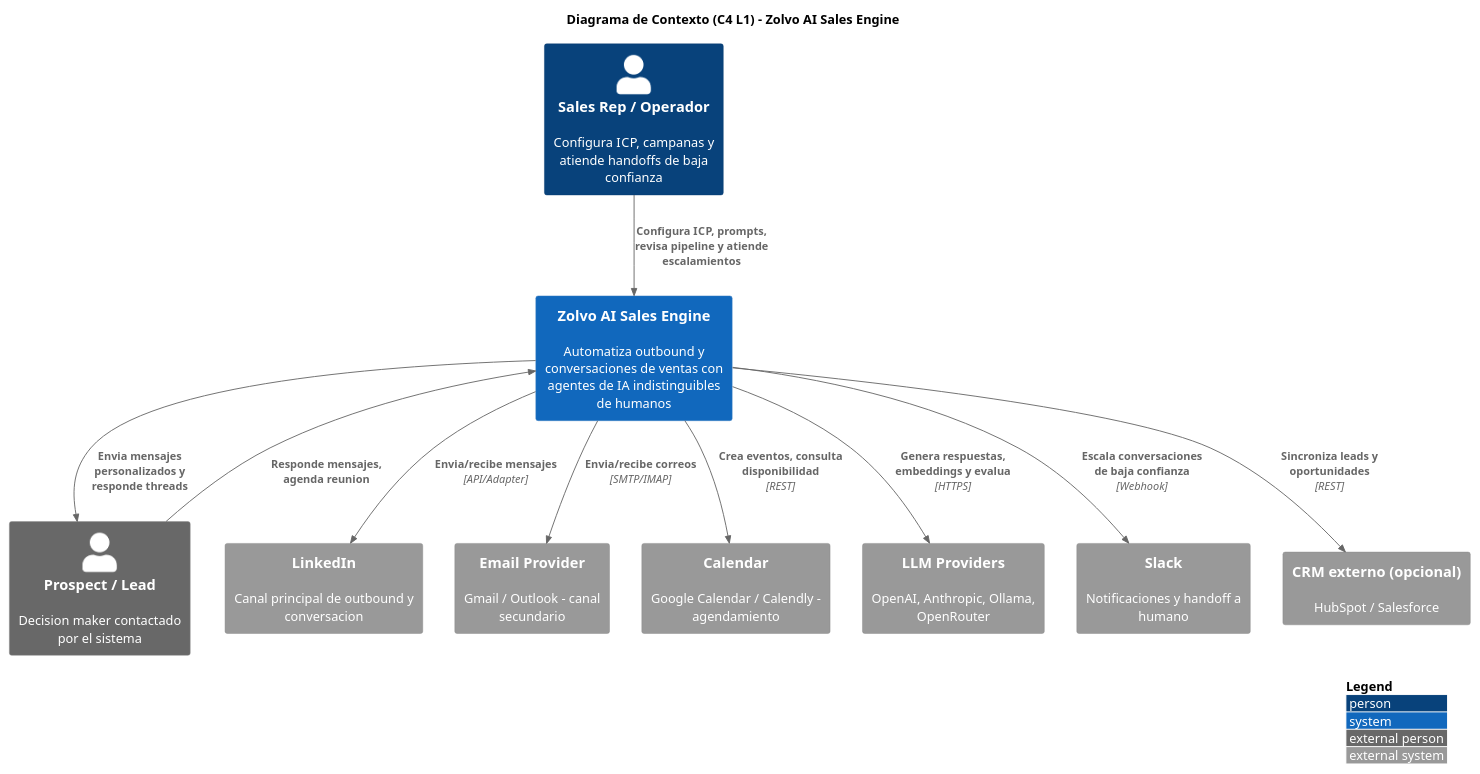
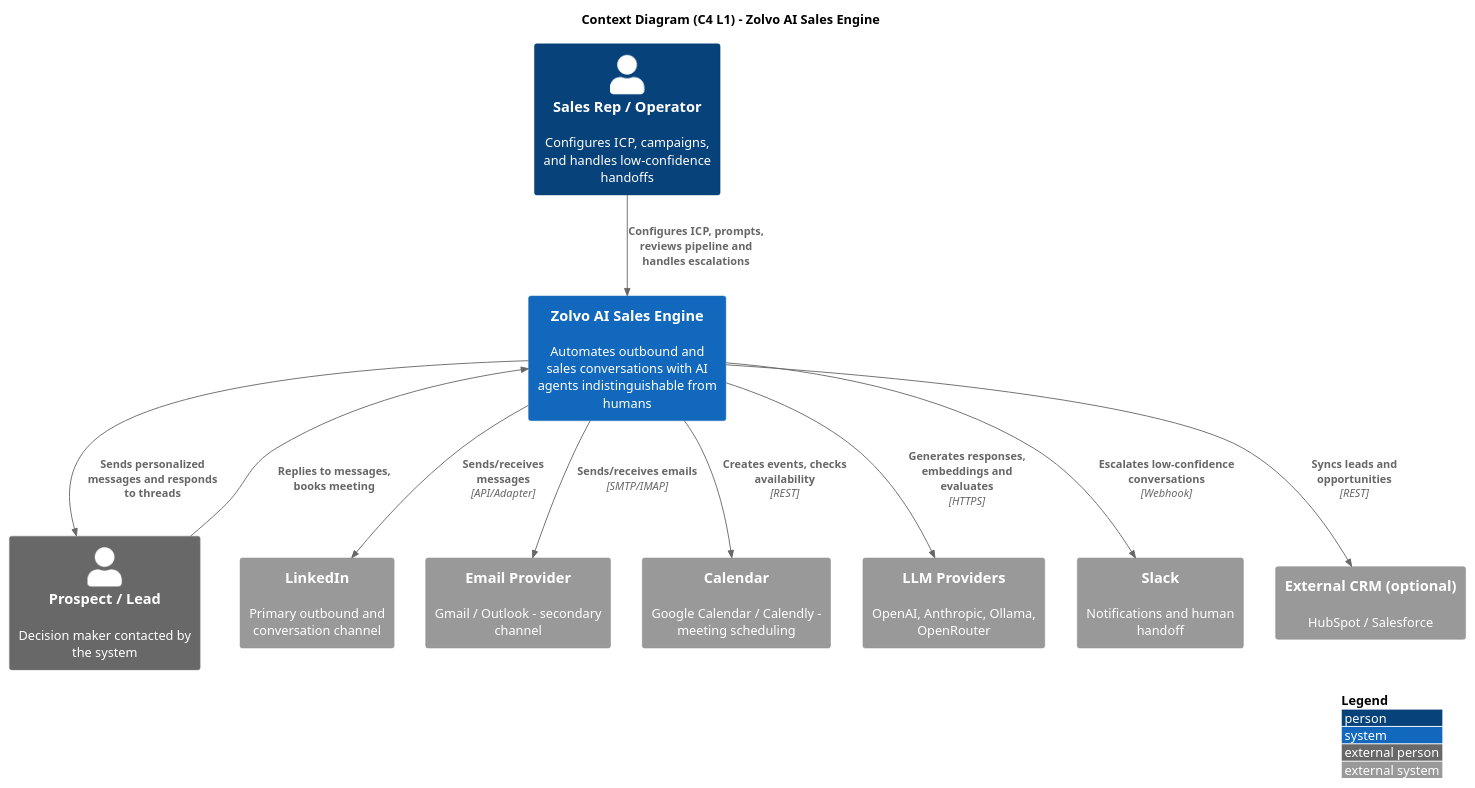
Before and after one commit to esyepesv/zolvo-prototype: the first of 5 diagrams in docs/arquitectura-zolvo.md, drawn with PlantUML. The commit also changed other lines of this file and 10 other files, not shown here.

First line of the commit message:
docs: translate all documentation to English; add Docker support and graphical dashboard

````diff
--- a/docs/arquitectura-zolvo.md
+++ b/docs/arquitectura-zolvo.md
@@ -224,31 +224,31 @@
 ```plantuml
 @startuml C4_Context_Zolvo
 !include https://raw.githubusercontent.com/plantuml-stdlib/C4-PlantUML/master/C4_Context.puml
 
 LAYOUT_WITH_LEGEND()
-title Diagrama de Contexto (C4 L1) - Zolvo AI Sales Engine
+title Context Diagram (C4 L1) - Zolvo AI Sales Engine
 
-Person(sales_rep, "Sales Rep / Operador", "Configura ICP, campanas y atiende handoffs de baja confianza")
-Person_Ext(prospect, "Prospect / Lead", "Decision maker contactado por el sistema")
+Person(sales_rep, "Sales Rep / Operator", "Configures ICP, campaigns, and handles low-confidence handoffs")
+Person_Ext(prospect, "Prospect / Lead", "Decision maker contacted by the system")
 
-System(zolvo, "Zolvo AI Sales Engine", "Automatiza outbound y conversaciones de ventas con agentes de IA indistinguibles de humanos")
+System(zolvo, "Zolvo AI Sales Engine", "Automates outbound and sales conversations with AI agents indistinguishable from humans")
 
-System_Ext(linkedin, "LinkedIn", "Canal principal de outbound y conversacion")
-System_Ext(email, "Email Provider", "Gmail / Outlook - canal secundario")
-System_Ext(calendar, "Calendar", "Google Calendar / Calendly - agendamiento")
+System_Ext(linkedin, "LinkedIn", "Primary outbound and conversation channel")
+System_Ext(email, "Email Provider", "Gmail / Outlook - secondary channel")
+System_Ext(calendar, "Calendar", "Google Calendar / Calendly - meeting scheduling")
 System_Ext(llm, "LLM Providers", "OpenAI, Anthropic, Ollama, OpenRouter")
-System_Ext(slack, "Slack", "Notificaciones y handoff a humano")
-System_Ext(crm, "CRM externo (opcional)", "HubSpot / Salesforce")
+System_Ext(slack, "Slack", "Notifications and human handoff")
+System_Ext(crm, "External CRM (optional)", "HubSpot / Salesforce")
 
-Rel(sales_rep, zolvo, "Configura ICP, prompts, revisa pipeline y atiende escalamientos")
-Rel(zolvo, prospect, "Envia mensajes personalizados y responde threads")
-Rel(prospect, zolvo, "Responde mensajes, agenda reunion")
-Rel(zolvo, linkedin, "Envia/recibe mensajes", "API/Adapter")
-Rel(zolvo, email, "Envia/recibe correos", "SMTP/IMAP")
-Rel(zolvo, calendar, "Crea eventos, consulta disponibilidad", "REST")
-Rel(zolvo, llm, "Genera respuestas, embeddings y evalua", "HTTPS")
-Rel(zolvo, slack, "Escala conversaciones de baja confianza", "Webhook")
-Rel(zolvo, crm, "Sincroniza leads y oportunidades", "REST")
+Rel(sales_rep, zolvo, "Configures ICP, prompts, reviews pipeline and handles escalations")
+Rel(zolvo, prospect, "Sends personalized messages and responds to threads")
+Rel(prospect, zolvo, "Replies to messages, books meeting")
+Rel(zolvo, linkedin, "Sends/receives messages", "API/Adapter")
+Rel(zolvo, email, "Sends/receives emails", "SMTP/IMAP")
+Rel(zolvo, calendar, "Creates events, checks availability", "REST")
+Rel(zolvo, llm, "Generates responses, embeddings and evaluates", "HTTPS")
+Rel(zolvo, slack, "Escalates low-confidence conversations", "Webhook")
+Rel(zolvo, crm, "Syncs leads and opportunities", "REST")
 
 @enduml
 ```
````
